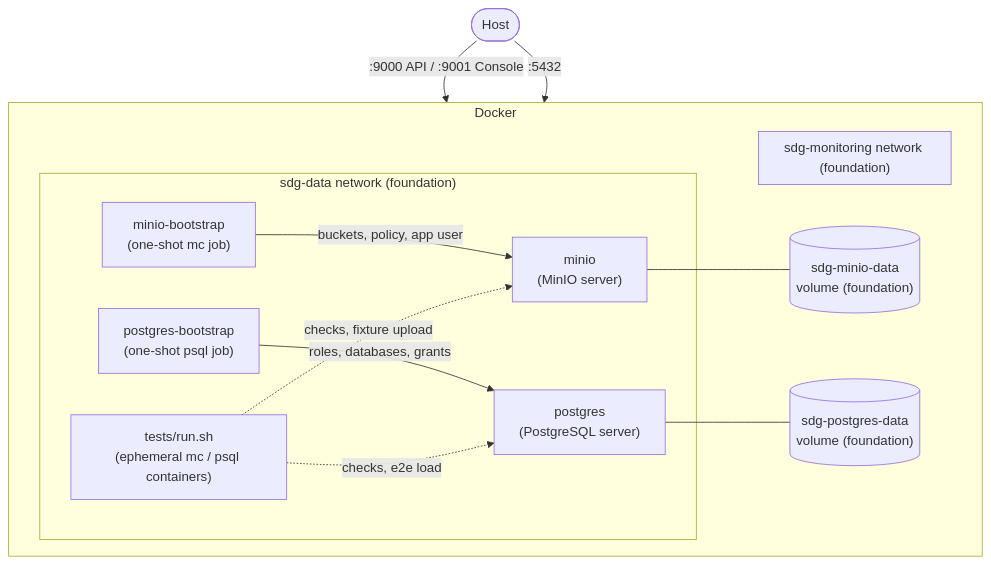
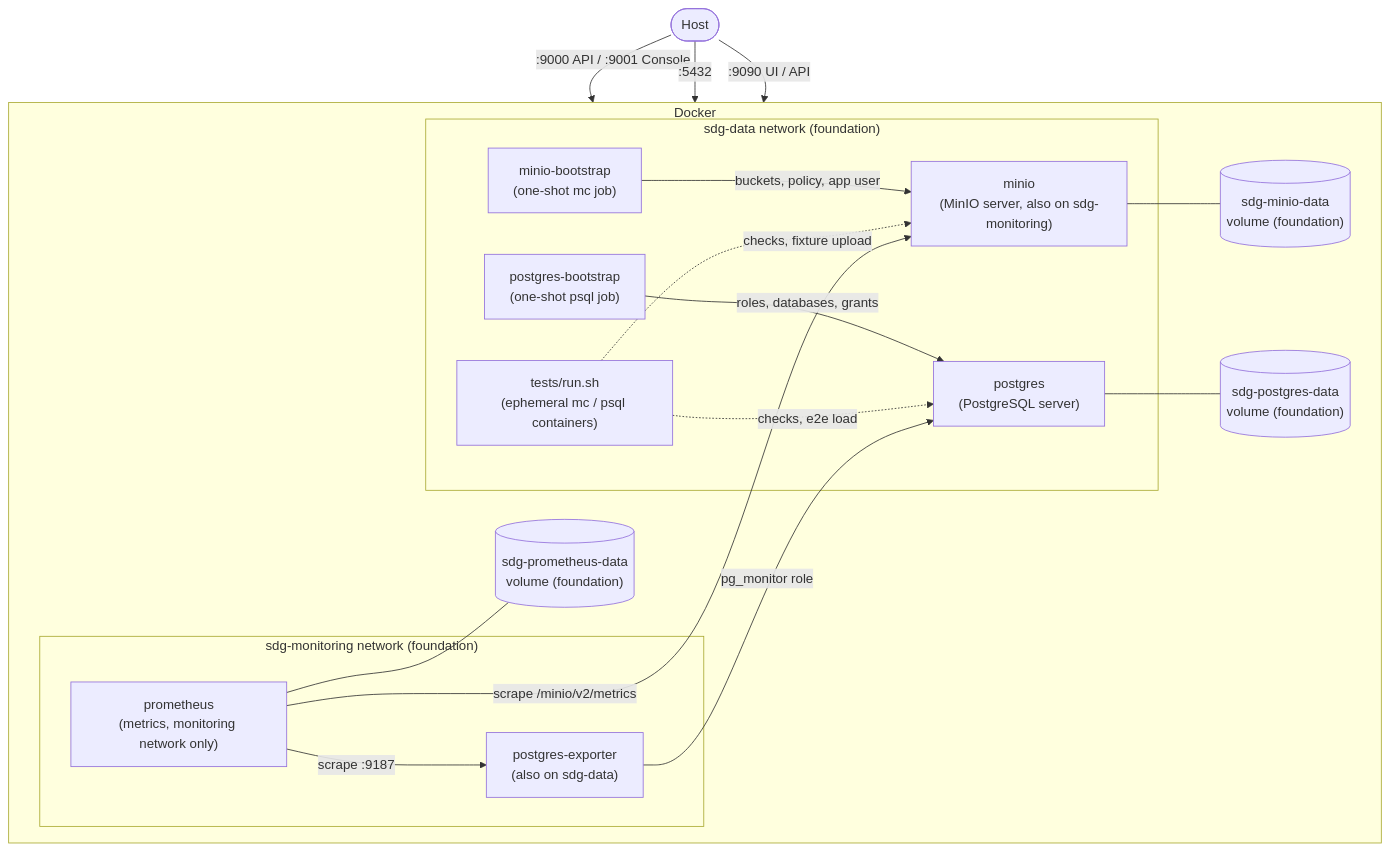
One commit to mellifluus/sdg-tech-challenge changed the diagram in README.md. Above: the diagram before and after it, drawn with Mermaid. The commit also changed other lines of this file and 23 other files, not shown here.

Commit message:
add prometheus, scrape from minio and pg-exporter

````diff
--- a/README.md
+++ b/README.md
@@ -7,27 +7,35 @@
 ```mermaid
 flowchart TB
     subgraph docker["Docker"]
         direction LR
         subgraph sdg-data["sdg-data network (foundation)"]
-            minio["minio<br/>(MinIO server)"]
+            minio["minio<br/>(MinIO server, also on sdg-monitoring)"]
             bootstrap["minio-bootstrap<br/>(one-shot mc job)"]
             postgres["postgres<br/>(PostgreSQL server)"]
             pg_bootstrap["postgres-bootstrap<br/>(one-shot psql job)"]
             tests["tests/run.sh<br/>(ephemeral mc / psql containers)"]
         end
         subgraph sdg-monitoring["sdg-monitoring network (foundation)"]
+            prometheus["prometheus<br/>(metrics, monitoring network only)"]
+            pg_exporter["postgres-exporter<br/>(also on sdg-data)"]
         end
         minio_vol[("sdg-minio-data<br/>volume (foundation)")]
         pg_vol[("sdg-postgres-data<br/>volume (foundation)")]
+        prom_vol[("sdg-prometheus-data<br/>volume (foundation)")]
     end
     host(["Host"])
 
     host -- ":9000 API / :9001 Console" --> minio
     bootstrap -- "buckets, policy, app user" --> minio
     minio --- minio_vol
     host -- ":5432" --> postgres
     pg_bootstrap -- "roles, databases, grants" --> postgres
     postgres --- pg_vol
     tests -. "checks, fixture upload" .-> minio
     tests -. "checks, e2e load" .-> postgres
+    host -- ":9090 UI / API" --> prometheus
+    prometheus --- prom_vol
+    prometheus -- "scrape /minio/v2/metrics" --> minio
+    prometheus -- "scrape :9187" --> pg_exporter
+    pg_exporter -- "pg_monitor role" --> postgres
 ```
````
